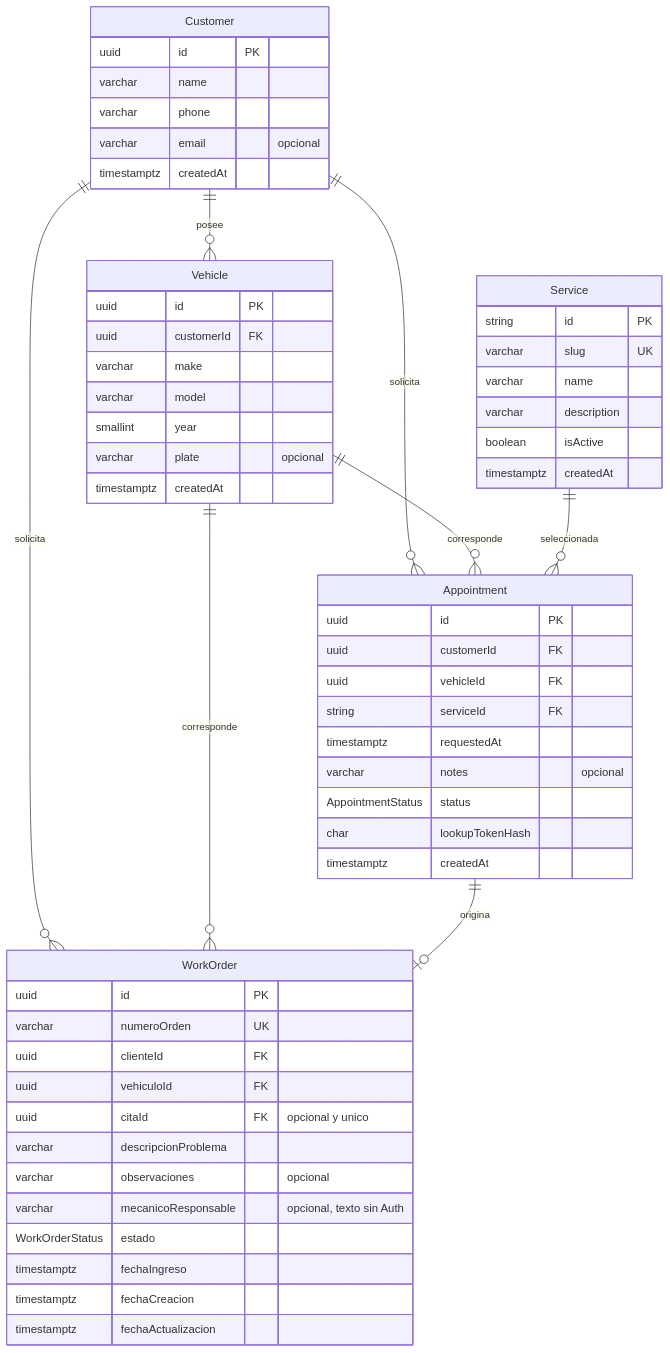
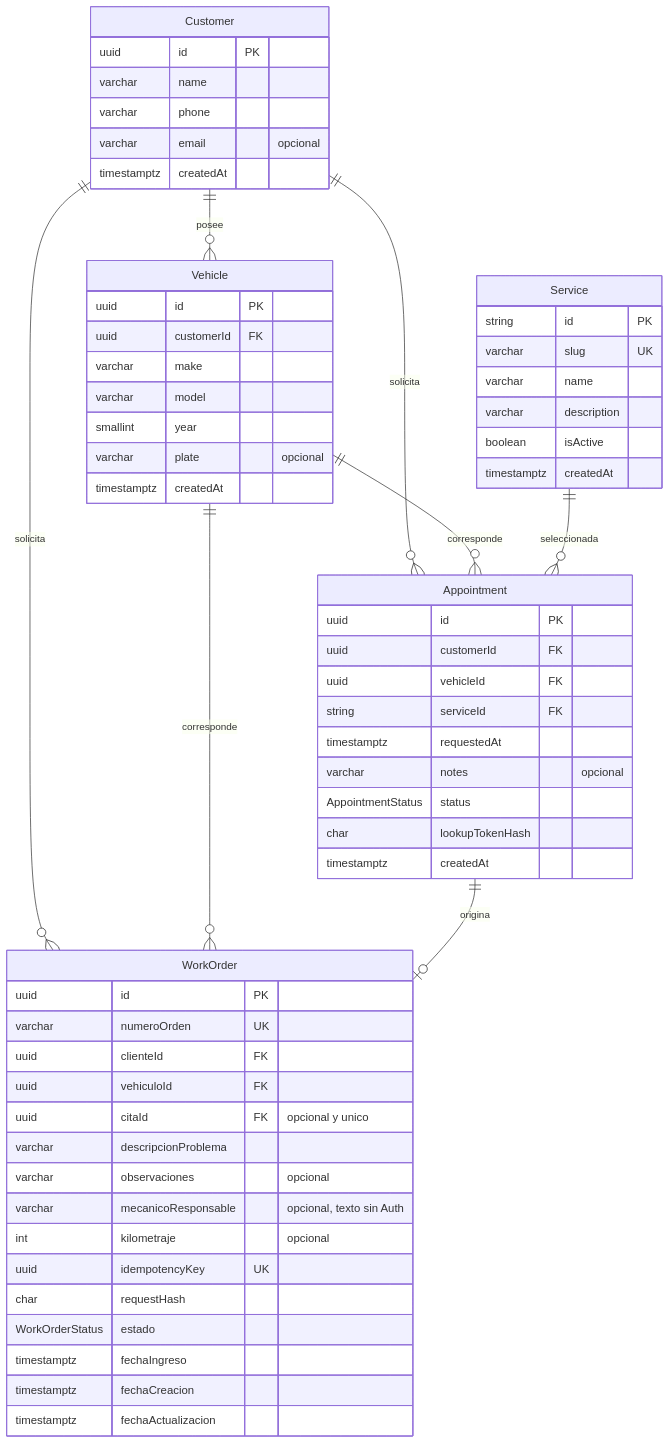
One commit to JohanM27/IS_Claros-Auto changed the third of 3 diagrams in docs/arquitectura.md. Above: the diagram before and after it, drawn with Mermaid. The commit also changed other lines of this file and 15 other files, not shown here.

````diff
--- a/docs/arquitectura.md
+++ b/docs/arquitectura.md
@@ -62,60 +62,63 @@
 ```mermaid
 erDiagram
   Customer ||--o{ Vehicle : posee
   Customer ||--o{ Appointment : solicita
   Vehicle ||--o{ Appointment : corresponde
   Service ||--o{ Appointment : seleccionada
   Customer ||--o{ WorkOrder : solicita
   Vehicle ||--o{ WorkOrder : corresponde
   Appointment ||--o| WorkOrder : origina
 
   Customer {
     uuid id PK
     varchar name
     varchar phone
     varchar email "opcional"
     timestamptz createdAt
   }
   Vehicle {
     uuid id PK
     uuid customerId FK
     varchar make
     varchar model
     smallint year
     varchar plate "opcional"
     timestamptz createdAt
   }
   Service {
     string id PK
     varchar slug UK
     varchar name
     varchar description
     boolean isActive
     timestamptz createdAt
   }
   Appointment {
     uuid id PK
     uuid customerId FK
     uuid vehicleId FK
     string serviceId FK
     timestamptz requestedAt
     varchar notes "opcional"
     AppointmentStatus status
     char lookupTokenHash
     timestamptz createdAt
   }
   WorkOrder {
     uuid id PK
     varchar numeroOrden UK
     uuid clienteId FK
     uuid vehiculoId FK
     uuid citaId FK "opcional y unico"
     varchar descripcionProblema
     varchar observaciones "opcional"
     varchar mecanicoResponsable "opcional, texto sin Auth"
+    int kilometraje "opcional"
+    uuid idempotencyKey UK
+    char requestHash
     WorkOrderStatus estado
     timestamptz fechaIngreso
     timestamptz fechaCreacion
     timestamptz fechaActualizacion
   }
 ```
````
